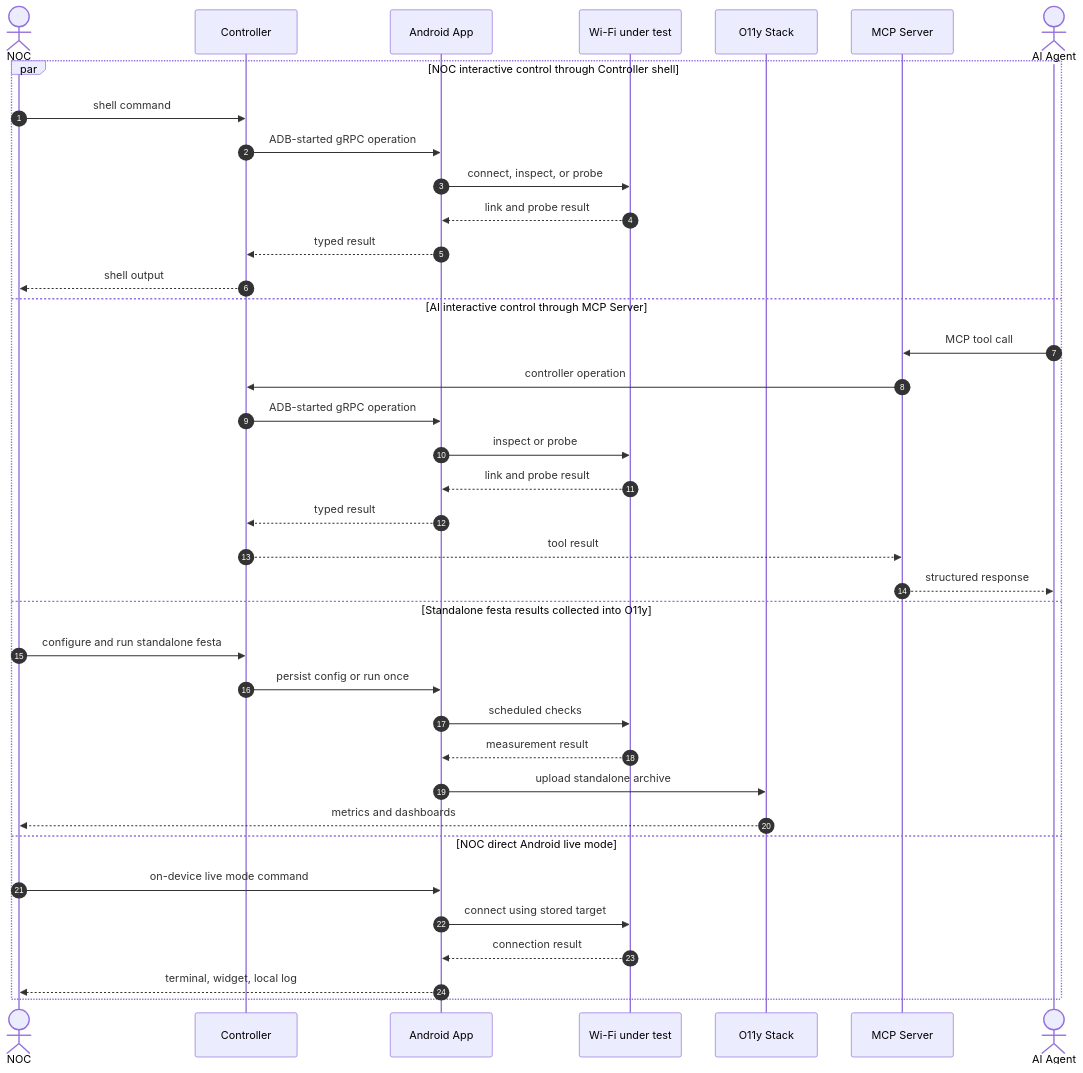
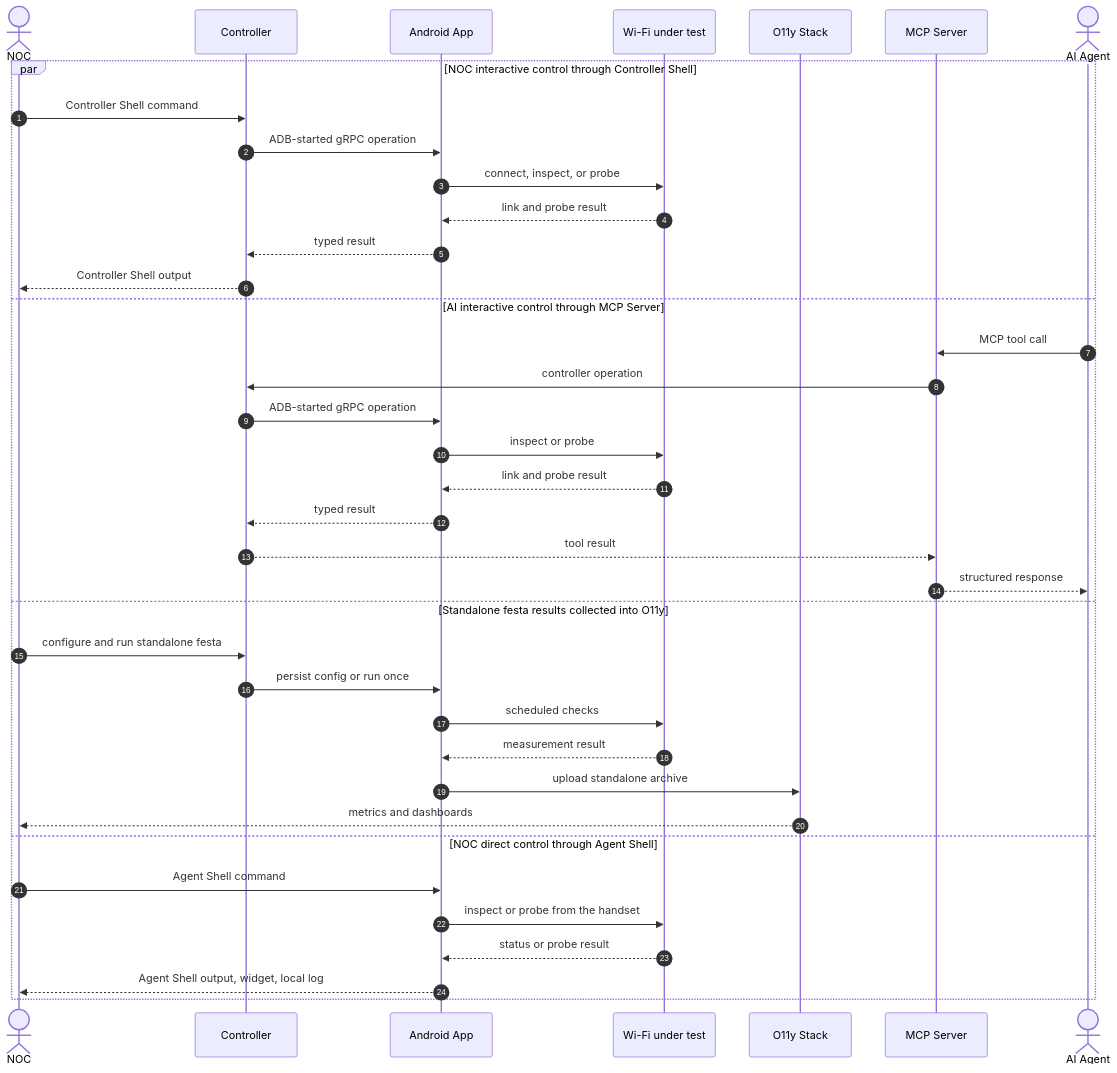
The diagram in README.md (mi2428/dropcheck-agent), drawn with Mermaid before and after one commit. The commit also changed other lines of this file and 18 other files, not shown here.

Commit message:
refactor: align controller and agent surface names

````diff
--- a/README.md
+++ b/README.md
@@ -14,41 +14,41 @@
 ```mermaid
 sequenceDiagram
   autonumber
   actor NOC as NOC
   participant Controller as Controller
   participant App as Android App
   participant WiFi as Wi-Fi under test
   participant O11y as O11y Stack
   participant MCP as MCP Server
   actor AI as AI Agent
 
-  par NOC interactive control through Controller shell
-    NOC->>Controller: shell command
+  par NOC interactive control through Controller Shell
+    NOC->>Controller: Controller Shell command
     Controller->>App: ADB-started gRPC operation
     App->>WiFi: connect, inspect, or probe
     WiFi-->>App: link and probe result
     App-->>Controller: typed result
-    Controller-->>NOC: shell output
+    Controller-->>NOC: Controller Shell output
   and AI interactive control through MCP Server
     AI->>MCP: MCP tool call
     MCP->>Controller: controller operation
     Controller->>App: ADB-started gRPC operation
     App->>WiFi: inspect or probe
     WiFi-->>App: link and probe result
     App-->>Controller: typed result
     Controller-->>MCP: tool result
     MCP-->>AI: structured response
   and Standalone festa results collected into O11y
     NOC->>Controller: configure and run standalone festa
     Controller->>App: persist config or run once
     App->>WiFi: scheduled checks
     WiFi-->>App: measurement result
     App->>O11y: upload standalone archive
     O11y-->>NOC: metrics and dashboards
-  and NOC direct Android live mode
-    NOC->>App: on-device live mode command
-    App->>WiFi: connect using stored target
-    WiFi-->>App: connection result
-    App-->>NOC: terminal, widget, local log
+  and NOC direct control through Agent Shell
+    NOC->>App: Agent Shell command
+    App->>WiFi: inspect or probe from the handset
+    WiFi-->>App: status or probe result
+    App-->>NOC: Agent Shell output, widget, local log
   end
 ```
````
